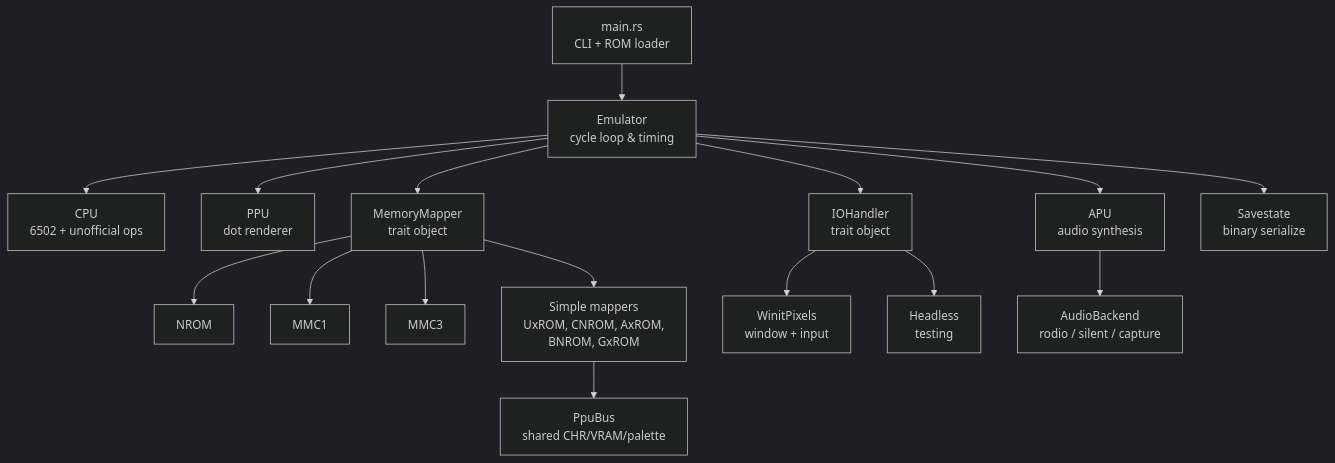
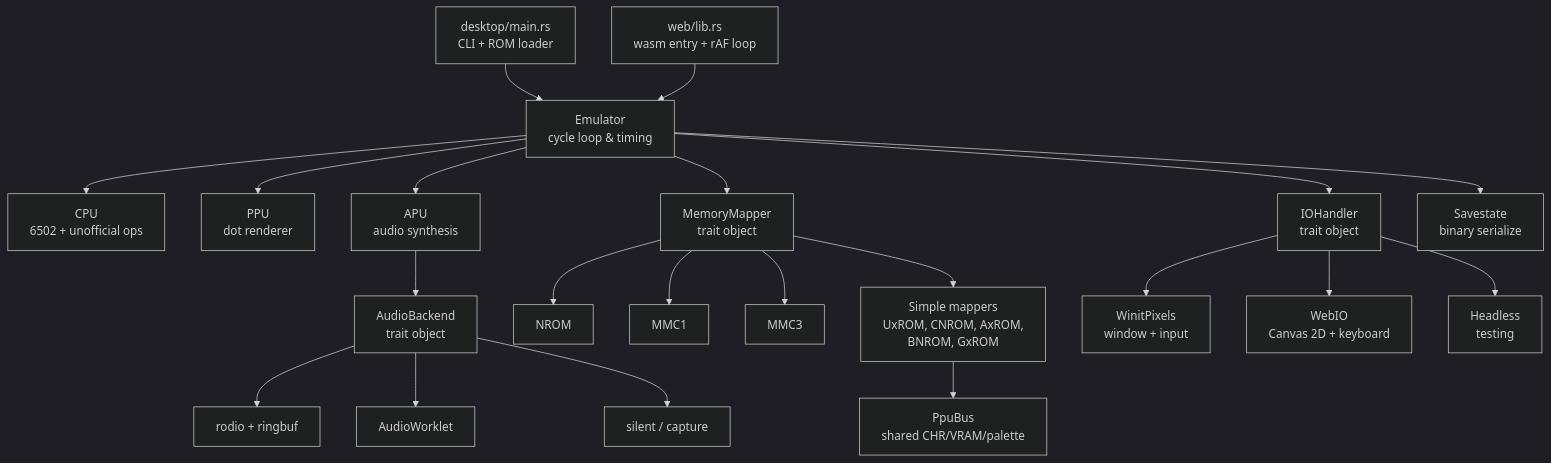
Before and after one commit to aastrand/krankulator: the diagram in README.md, drawn with Mermaid (dark theme). The commit also changed other lines of this file and 1 other file, not shown here.

Commit message:
Add key mapping info to web UI and update README for workspace/web

````diff
--- a/README.md
+++ b/README.md
@@ -25,23 +26,28 @@
 ```mermaid
 graph TD
-    Main["main.rs<br/>CLI + ROM loader"] --> Emu["Emulator<br/>cycle loop & timing"]
+    Main["desktop/main.rs<br/>CLI + ROM loader"] --> Emu["Emulator<br/>cycle loop & timing"]
+    Web["web/lib.rs<br/>wasm entry + rAF loop"] --> Emu
 
     Emu --> CPU["CPU<br/>6502 + unofficial ops"]
     Emu --> PPU["PPU<br/>dot renderer"]
     Emu --> APU["APU<br/>audio synthesis"]
     Emu --> Mem["MemoryMapper<br/>trait object"]
 
     Mem --> NROM
     Mem --> MMC1
     Mem --> MMC3
     Mem --> Simple["Simple mappers<br/>UxROM, CNROM, AxROM,<br/>BNROM, GxROM"]
     Simple --> PpuBus["PpuBus<br/>shared CHR/VRAM/palette"]
 
     Emu --> IO["IOHandler<br/>trait object"]
     IO --> Winit["WinitPixels<br/>window + input"]
+    IO --> WebIO["WebIO<br/>Canvas 2D + keyboard"]
     IO --> Headless["Headless<br/>testing"]
 
-    APU --> Audio["AudioBackend<br/>rodio / silent / capture"]
+    APU --> Audio["AudioBackend<br/>trait object"]
+    Audio --> Rodio["rodio + ringbuf"]
+    Audio --> Worklet["AudioWorklet"]
+    Audio --> Silent["silent / capture"]
 
     Emu --> SS["Savestate<br/>binary serialize"]
 ```
````
